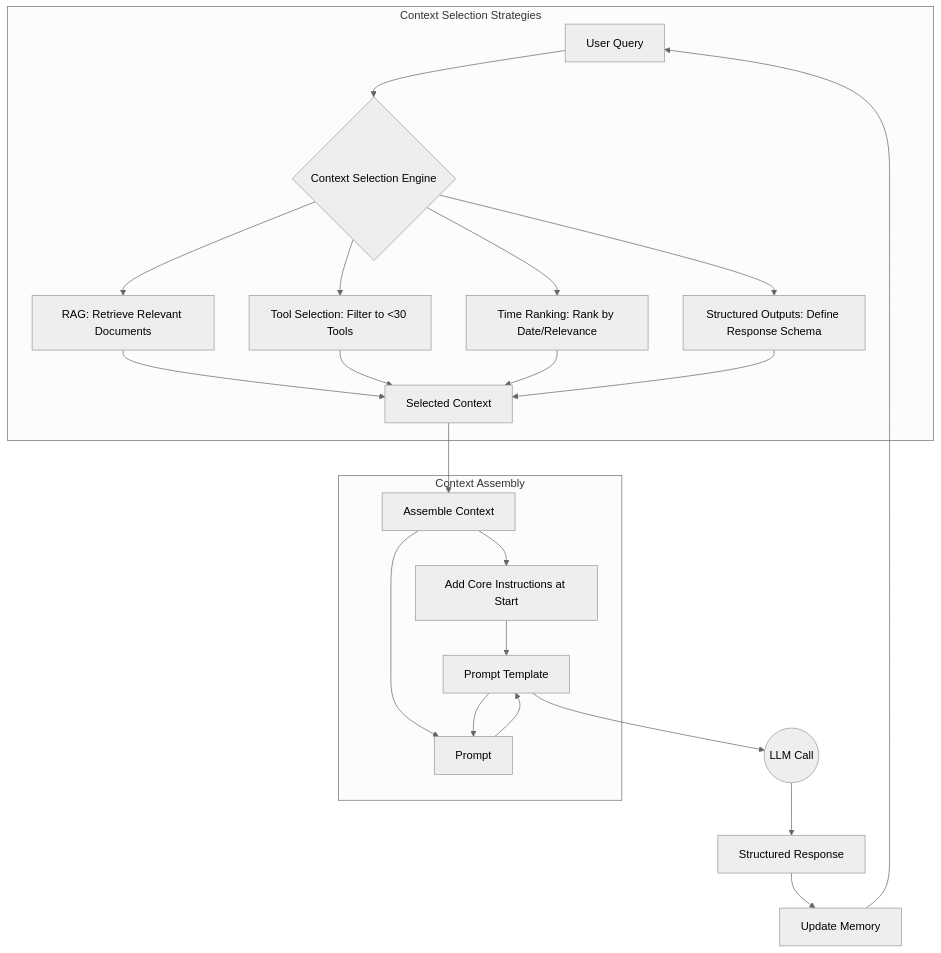
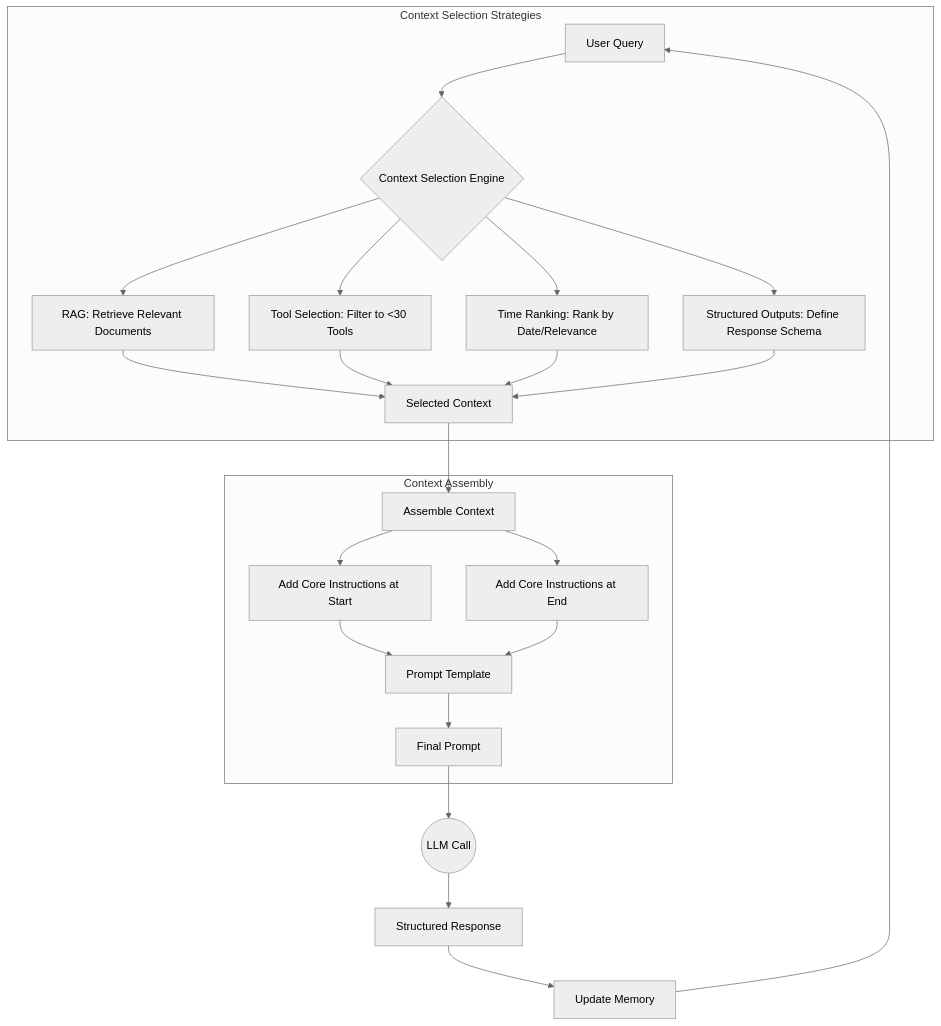
Before and after one commit to shoaibkhanz/agentic-ai-engineering-course: the second of 4 diagrams in lessons/03_context_engineering/article.md, drawn with Mermaid (neutral theme).

Commit message:
feat: Generate L3

````diff
--- a/lessons/03_context_engineering/article.md
+++ b/lessons/03_context_engineering/article.md
@@ -132,30 +132,30 @@
 ```mermaid
 graph TD
     subgraph "Context Selection Strategies"
         A[User Query] --> B{Context Selection Engine};
         
         B --> C["RAG: Retrieve Relevant Documents"];
         B --> D["Tool Selection: Filter to <30 Tools"];
         B --> E["Time Ranking: Rank by Date/Relevance"];
         B --> F["Structured Outputs: Define Response Schema"];
         
         C --> G[Selected Context];
         D --> G;
         E --> G;
         F --> G;
     end
     
     subgraph "Context Assembly"
         G --> H[Assemble Context];
         H --> I[Add Core Instructions at Start];
         H --> J[Add Core Instructions at End];
         I --> K[Prompt Template];
-        K --> J[Prompt];
         J --> K;
+        K --> L[Final Prompt];
     end
     
-    K --> L((LLM Call));
-    L --> M[Structured Response];
-    M --> N[Update Memory];
-    N --> A;
+    L --> M((LLM Call));
+    M --> N[Structured Response];
+    N --> O[Update Memory];
+    O --> A;
 ```
````
